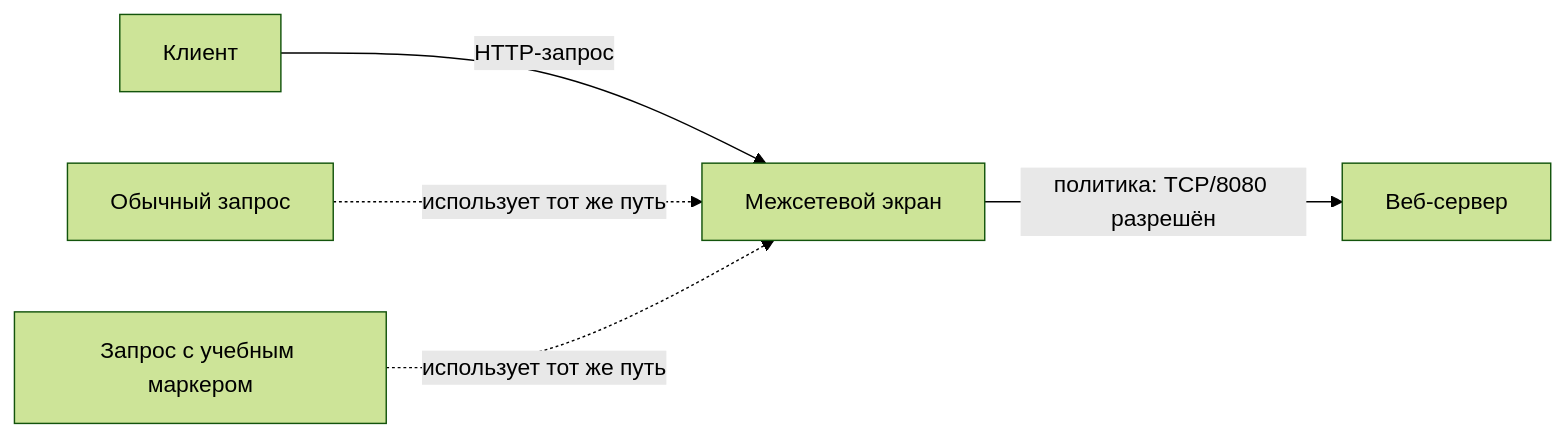
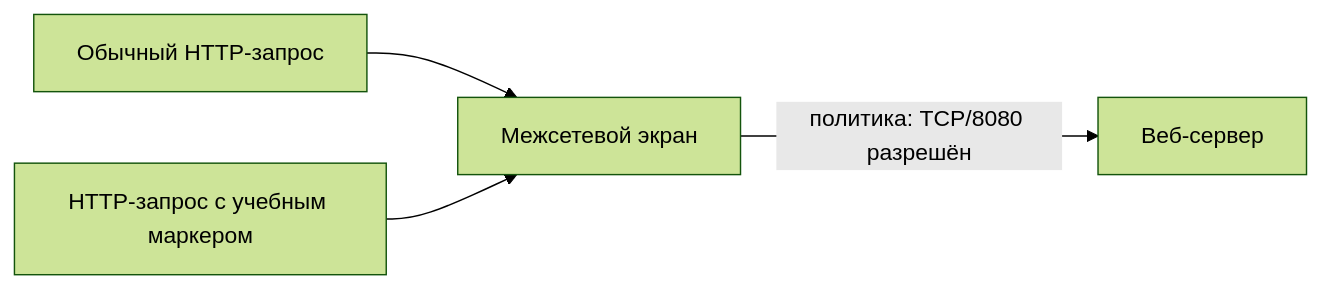
Before and after one commit to 11ndra/spvo: the second of 4 diagrams in docs/course/01-intro.md, drawn with Mermaid (forest theme). The commit also changed other lines of this file and 8 other files, not shown here.

````diff
--- a/docs/course/01-intro.md
+++ b/docs/course/01-intro.md
@@ -114,7 +113,6 @@
 ```mermaid
 flowchart LR
-    C[Клиент] -->|HTTP-запрос| F[Межсетевой экран]
+    N[Обычный HTTP-запрос] --> F[Межсетевой экран]
+    M[HTTP-запрос с учебным маркером] --> F
     F -->|политика: TCP/8080 разрешён| W[Веб-сервер]
-    N[Обычный запрос] -. использует тот же путь .-> F
-    M[Запрос с учебным маркером] -. использует тот же путь .-> F
 ```
````
